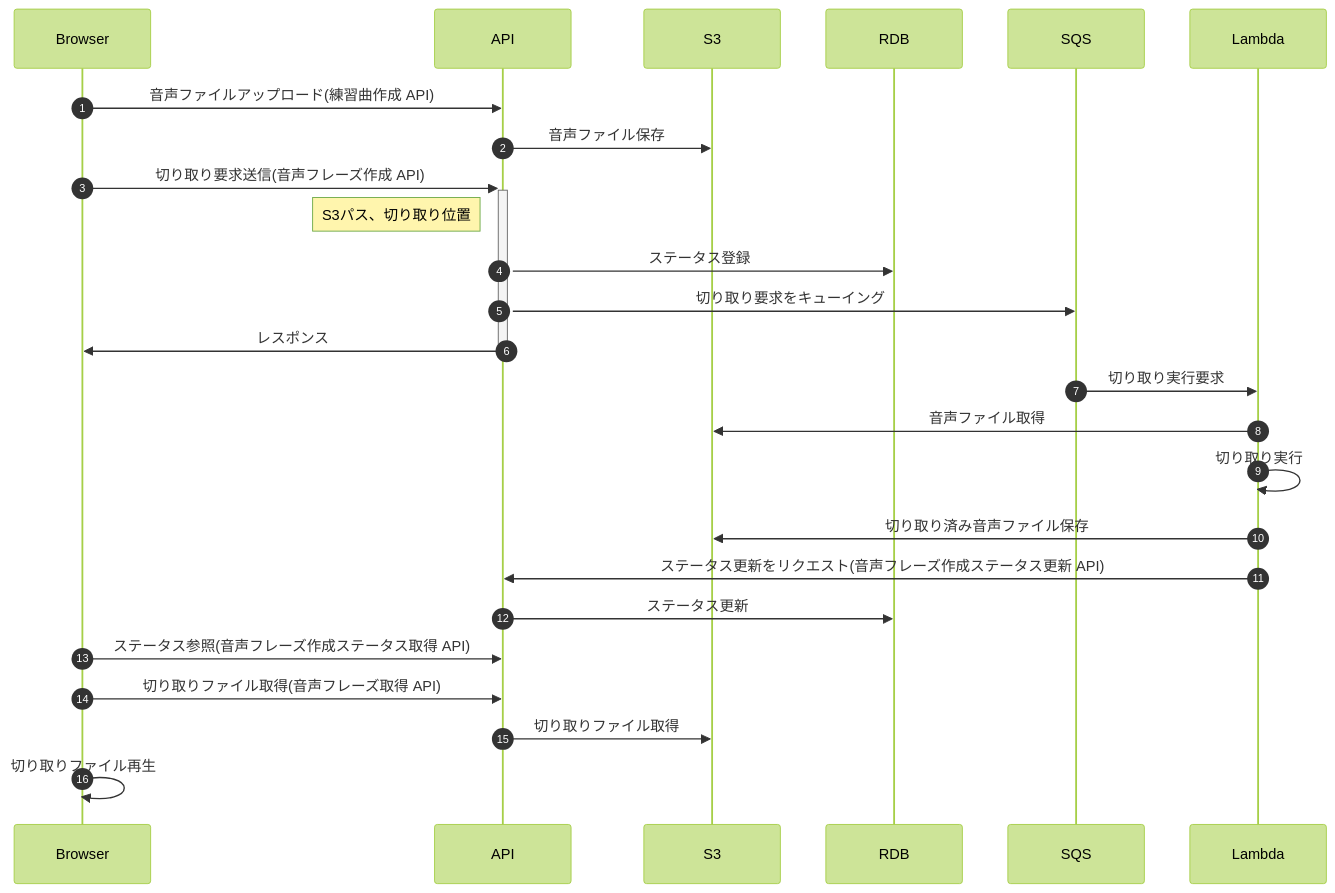
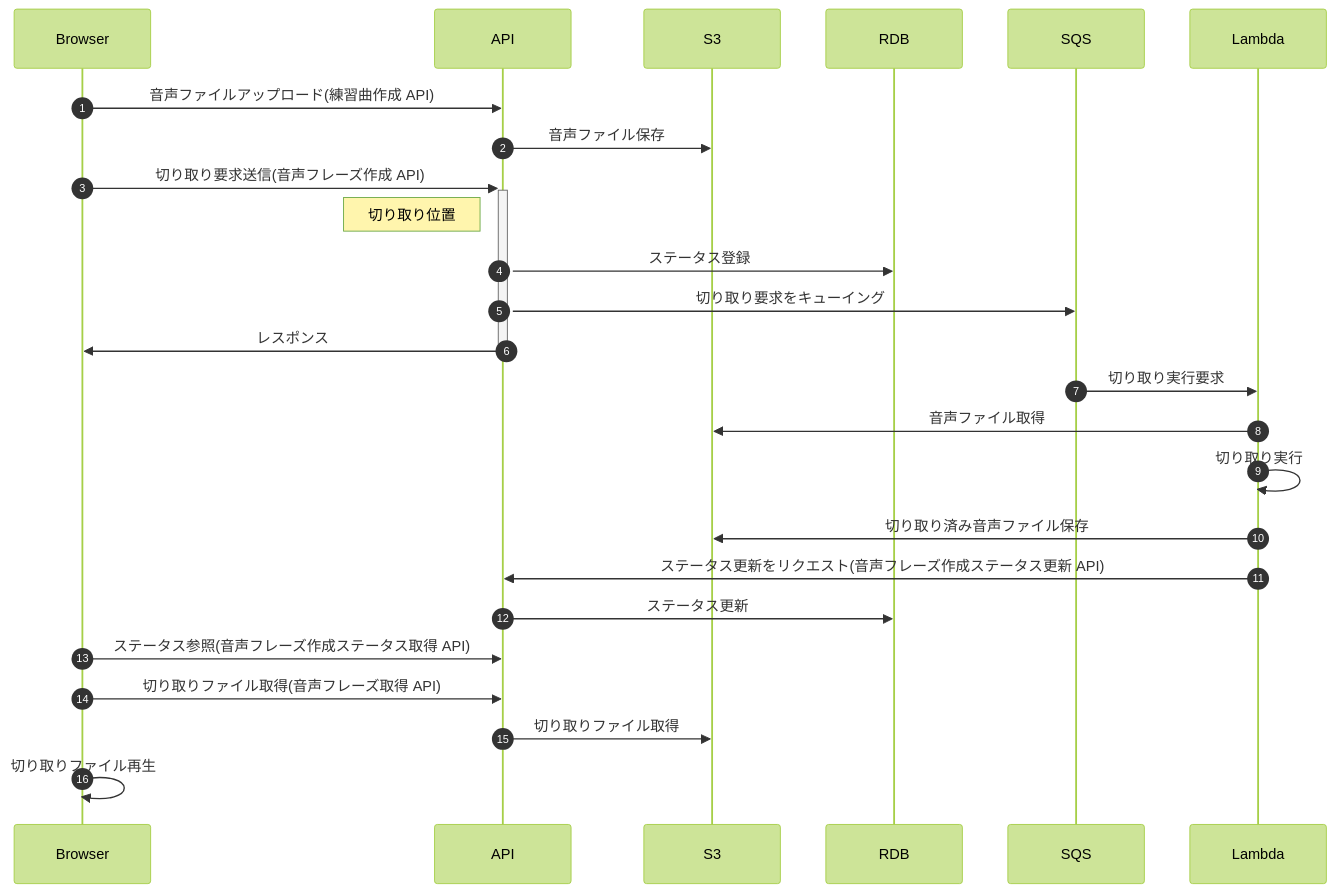
The diagram in docs/designs/main_flow.md (yuya-okada527/re-music), drawn with Mermaid (forest theme) before and after one commit. The commit also changed 2 other files, not shown here.

Commit message:
add interface detail

````diff
--- a/docs/designs/main_flow.md
+++ b/docs/designs/main_flow.md
@@ -5,33 +5,33 @@
 ```mermaid
 sequenceDiagram
   autonumber
   participant Browser
   participant API
   participant S3
   participant RDB
   participant SQS
   participant Lambda
 
   # 切り取り要求
   Browser ->> API: 音声ファイルアップロード(練習曲作成 API)
   API ->> S3: 音声ファイル保存
   Browser ->>+ API: 切り取り要求送信(音声フレーズ作成 API)
-  Note left of API: S3パス、切り取り位置
+  Note left of API: 切り取り位置
   API ->> RDB: ステータス登録
   API ->> SQS: 切り取り要求をキューイング
   API ->>- Browser: レスポンス
 
   # 切り取り実行
   SQS ->> Lambda: 切り取り実行要求
   Lambda ->> S3: 音声ファイル取得
   Lambda ->> Lambda: 切り取り実行
   Lambda ->> S3: 切り取り済み音声ファイル保存
   Lambda ->> API: ステータス更新をリクエスト(音声フレーズ作成ステータス更新 API)
   API ->> RDB: ステータス更新
 
   # 切り取りファイル再生
   Browser ->> API: ステータス参照(音声フレーズ作成ステータス取得 API)
   Browser ->> API: 切り取りファイル取得(音声フレーズ取得 API)
   API ->> S3: 切り取りファイル取得
   Browser ->> Browser: 切り取りファイル再生
 ```
````
